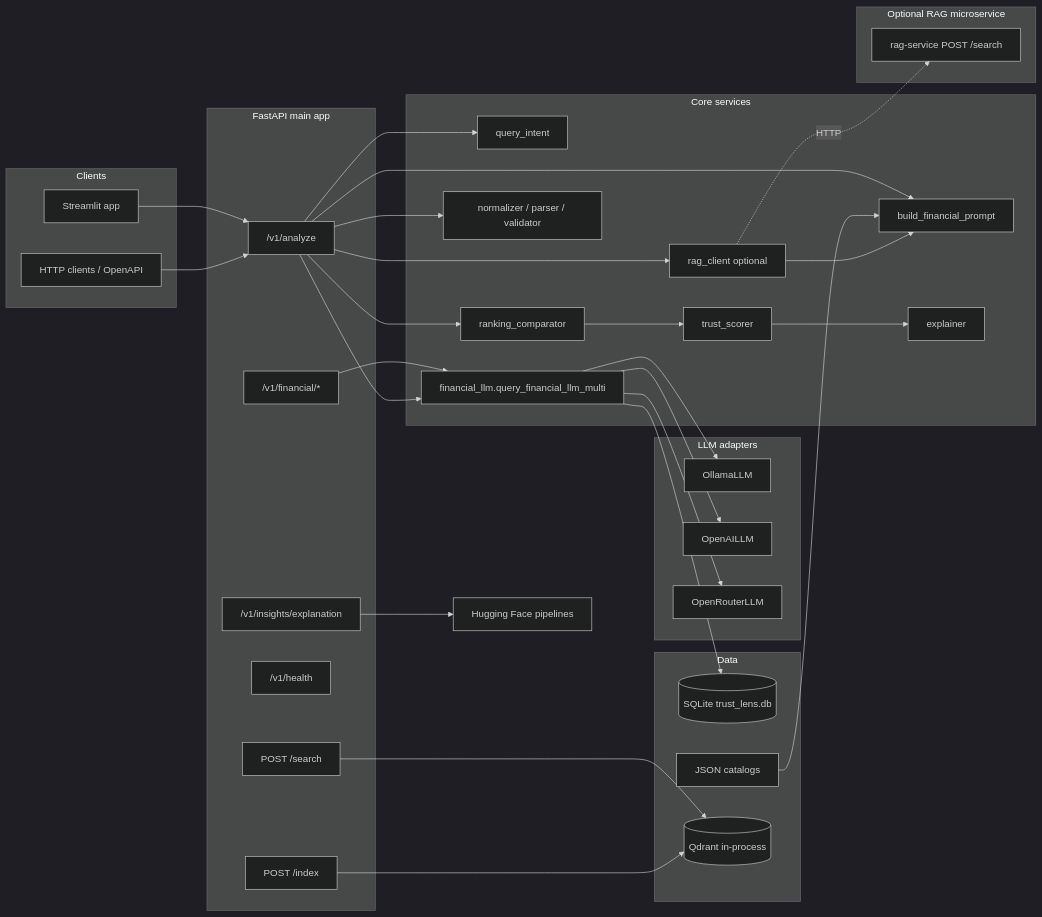
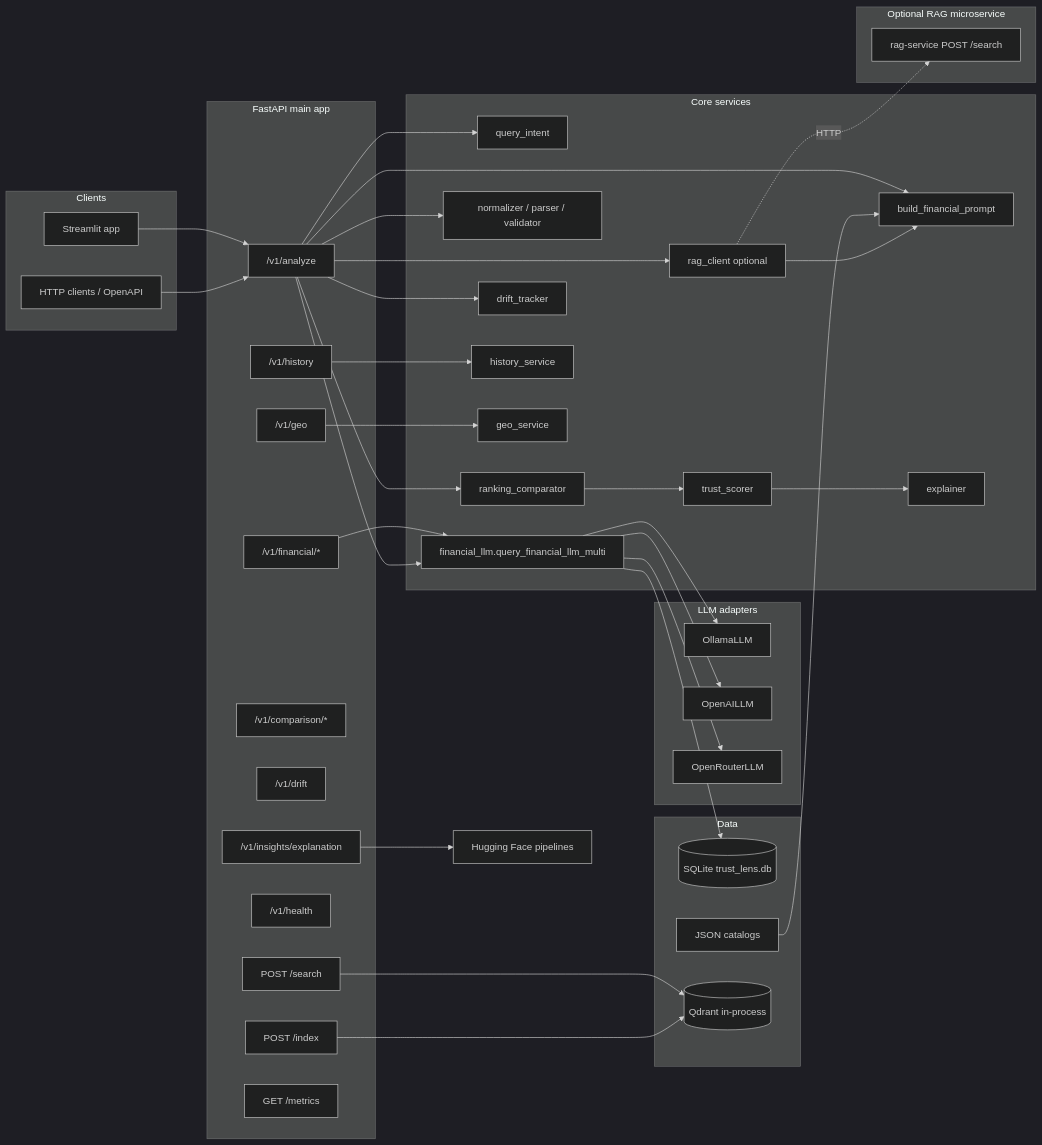
One commit to js731981/trustlens-ai changed the diagram in PROJECTOVERVIEW.md. Above: the diagram before and after it, drawn with Mermaid (dark theme). The commit also changed other lines of this file and 55 other files, not shown here.

First line of the commit message:
feat: add dashboard analytics, GEO scoring, history persistence, and UI enhancements

````diff
--- a/PROJECTOVERVIEW.md
+++ b/PROJECTOVERVIEW.md
@@ -13,59 +13,70 @@
 ```mermaid
 flowchart LR
   subgraph clients [Clients]
     HTTP[HTTP clients / OpenAPI]
     ST[Streamlit app]
   end
   subgraph api [FastAPI main app]
     RAnalyze["/v1/analyze"]
     RFin["/v1/financial/*"]
     RInsights["/v1/insights/explanation"]
+    RGeo["/v1/geo"]
+    RCompare["/v1/comparison/*"]
+    RDrift["/v1/drift"]
+    RV1History["/v1/history"]
     RHealth["/v1/health"]
     RIndex["POST /index"]
     RSearch["POST /search"]
+    RMetrics["GET /metrics"]
   end
   subgraph core [Core services]
     Intent[query_intent]
     RagClient[rag_client optional]
     Prompt[build_financial_prompt]
     LLMRun[financial_llm.query_financial_llm_multi]
     Parse[normalizer / parser / validator]
     Compare[ranking_comparator]
     Trust[trust_scorer]
     Explain[explainer]
+    Drift[drift_tracker]
+    History[history_service]
+    Geo[geo_service]
   end
   subgraph llm [LLM adapters]
     Ollama[OllamaLLM]
     OpenAI[OpenAILLM]
     OpenRouter[OpenRouterLLM]
   end
   subgraph data [Data]
     SQLite[(SQLite trust_lens.db)]
     Catalog[JSON catalogs]
     QdrantAPI[(Qdrant in-process)]
   end
   subgraph ragopt [Optional RAG microservice]
     RagSvc[rag-service POST /search]
   end
   HTTP --> RAnalyze
   ST --> RAnalyze
   RAnalyze --> Intent
   RAnalyze --> RagClient
   RagClient -.->|HTTP| RagSvc
   RagClient --> Prompt
   Catalog --> Prompt
   RAnalyze --> Prompt
   RAnalyze --> LLMRun
   LLMRun --> Ollama
   LLMRun --> OpenAI
   LLMRun --> OpenRouter
   LLMRun --> SQLite
   RIndex --> QdrantAPI
   RSearch --> QdrantAPI
   RAnalyze --> Parse
   RAnalyze --> Compare
   Compare --> Trust
   Trust --> Explain
   RFin --> LLMRun
   RInsights --> NLP[Hugging Face pipelines]
+  RAnalyze --> Drift
+  RV1History --> History
+  RGeo --> Geo
 ```
````
